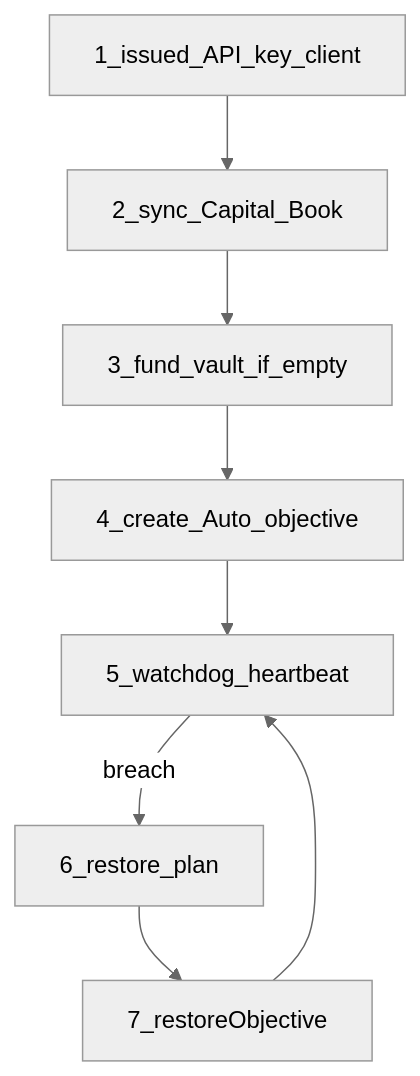
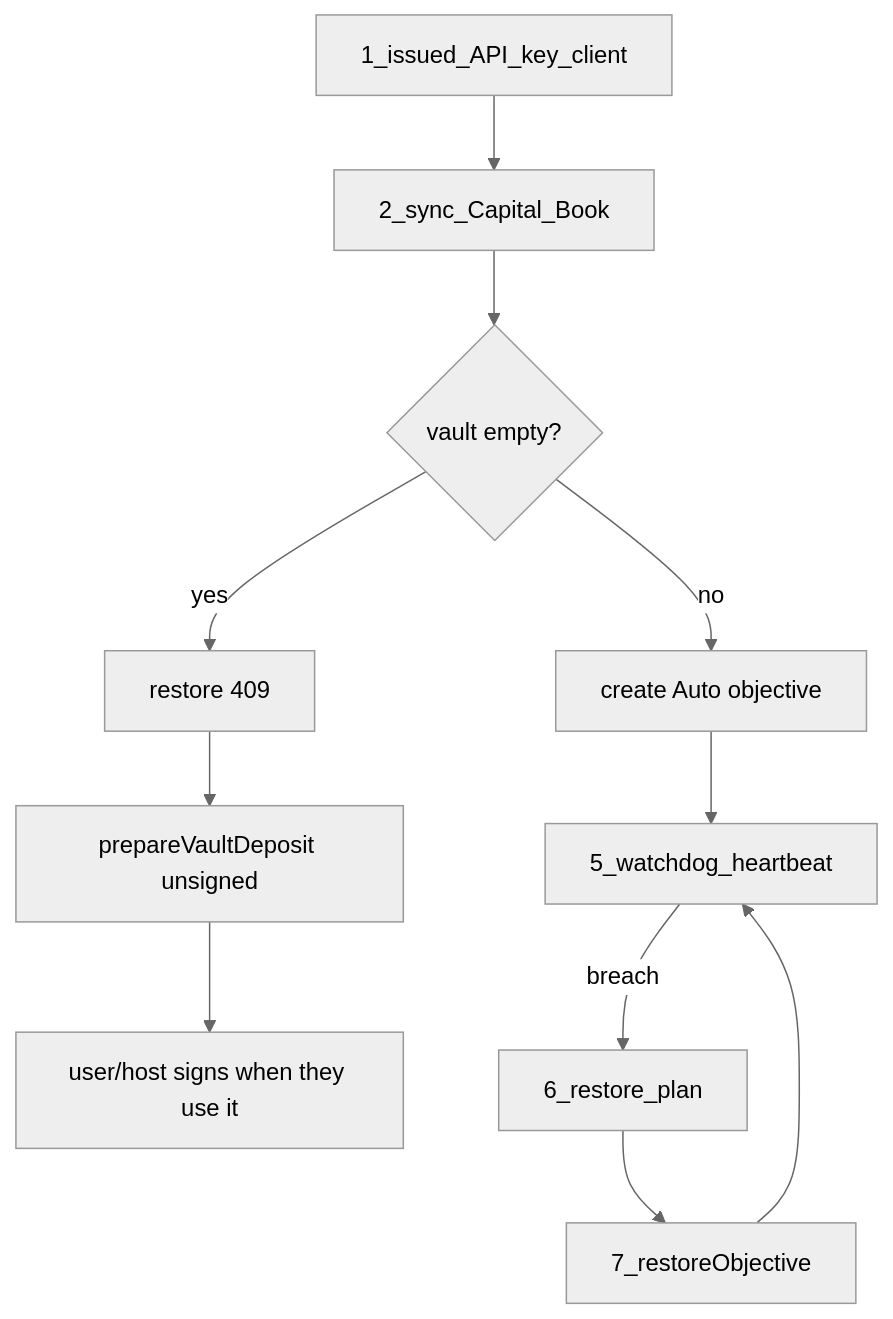
One commit to buildaureon/aureon-sdk changed the diagram in docs/integration-guide.md. Above: the diagram before and after it, drawn with Mermaid (neutral theme). The commit also changed other lines of this file, not shown here.

Commit message:
docs: walk first-use 409 then unsigned prepare

````diff
--- a/docs/integration-guide.md
+++ b/docs/integration-guide.md
@@ -11,10 +11,13 @@
 ```mermaid
 flowchart TD
   Init[1_issued_API_key_client] --> Sync[2_sync_Capital_Book]
-  Sync --> Fund[3_fund_vault_if_empty]
-  Fund --> Obj[4_create_Auto_objective]
+  Sync --> Empty{vault empty?}
+  Empty -->|yes| FourOhNine[restore 409]
+  FourOhNine --> Prep[prepareVaultDeposit unsigned]
+  Prep --> User[user/host signs when they use it]
+  Empty -->|no| Obj[create Auto objective]
   Obj --> Loop[5_watchdog_heartbeat]
   Loop -->|breach| Plan[6_restore_plan]
   Plan --> Restore[7_restoreObjective]
   Restore --> Loop
 ```
````
